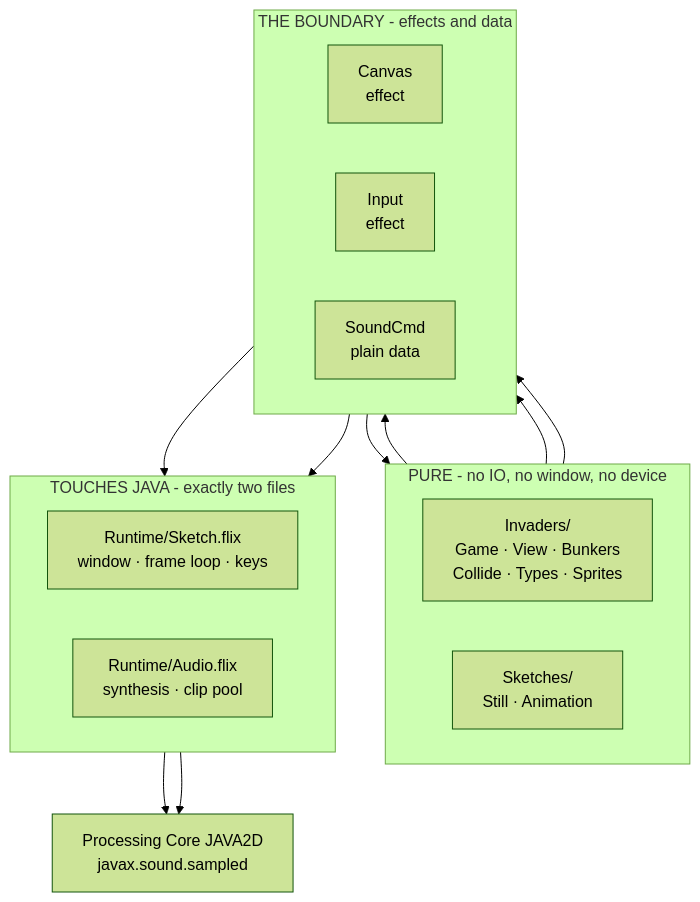
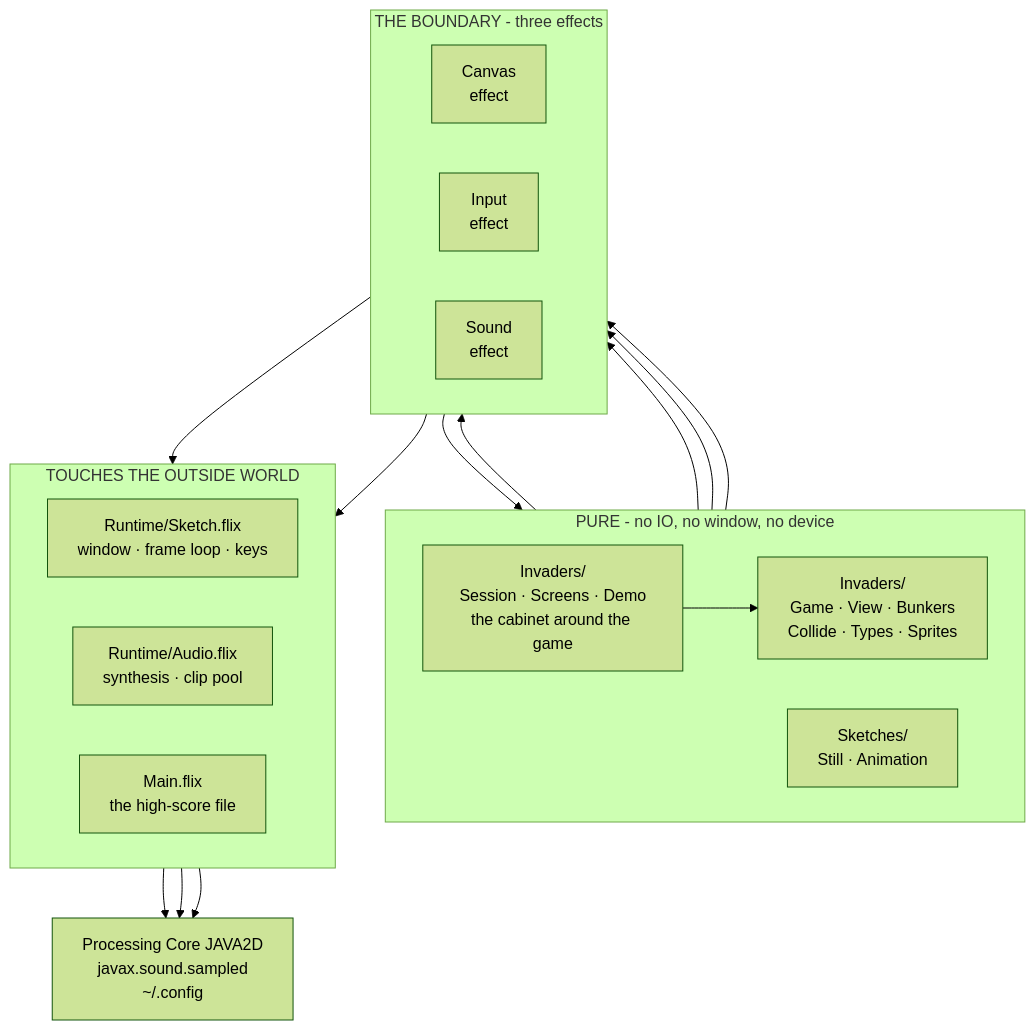
Before and after one commit to wstein/flix-invaders: the second of 6 diagrams in README.md, drawn with Mermaid (forest theme). The commit also changed other lines of this file and 9 other files, not shown here.

````diff
--- a/README.md
+++ b/README.md
@@ -65,32 +74,37 @@
 ```mermaid
 flowchart TB
     subgraph pure["PURE - no IO, no window, no device"]
         direction LR
+        cab["Invaders/<br>Session · Screens · Demo<br>the cabinet around the game"]
         model["Invaders/<br>Game · View · Bunkers<br>Collide · Types · Sprites"]
         demos["Sketches/<br>Still · Animation"]
     end
 
-    subgraph seam["THE BOUNDARY - effects and data"]
+    subgraph seam["THE BOUNDARY - three effects"]
         direction LR
         canvas["Canvas<br>effect"]
         input["Input<br>effect"]
-        sound["SoundCmd<br>plain data"]
+        sound["Sound<br>effect"]
     end
 
-    subgraph java["TOUCHES JAVA - exactly two files"]
+    subgraph java["TOUCHES THE OUTSIDE WORLD"]
         direction LR
         sketch["Runtime/Sketch.flix<br>window · frame loop · keys"]
         audio["Runtime/Audio.flix<br>synthesis · clip pool"]
+        main["Main.flix<br>the high-score file"]
     end
 
-    ext["Processing Core JAVA2D<br>javax.sound.sampled"]
+    ext["Processing Core JAVA2D<br>javax.sound.sampled<br>~/.config"]
 
+    cab --> model
+    cab --> canvas
     model --> canvas
     model --> sound
     demos --> canvas
     input --> model
     canvas --> sketch
     sound --> audio
     sketch --> ext
     audio --> ext
+    main --> ext
 ```
````
